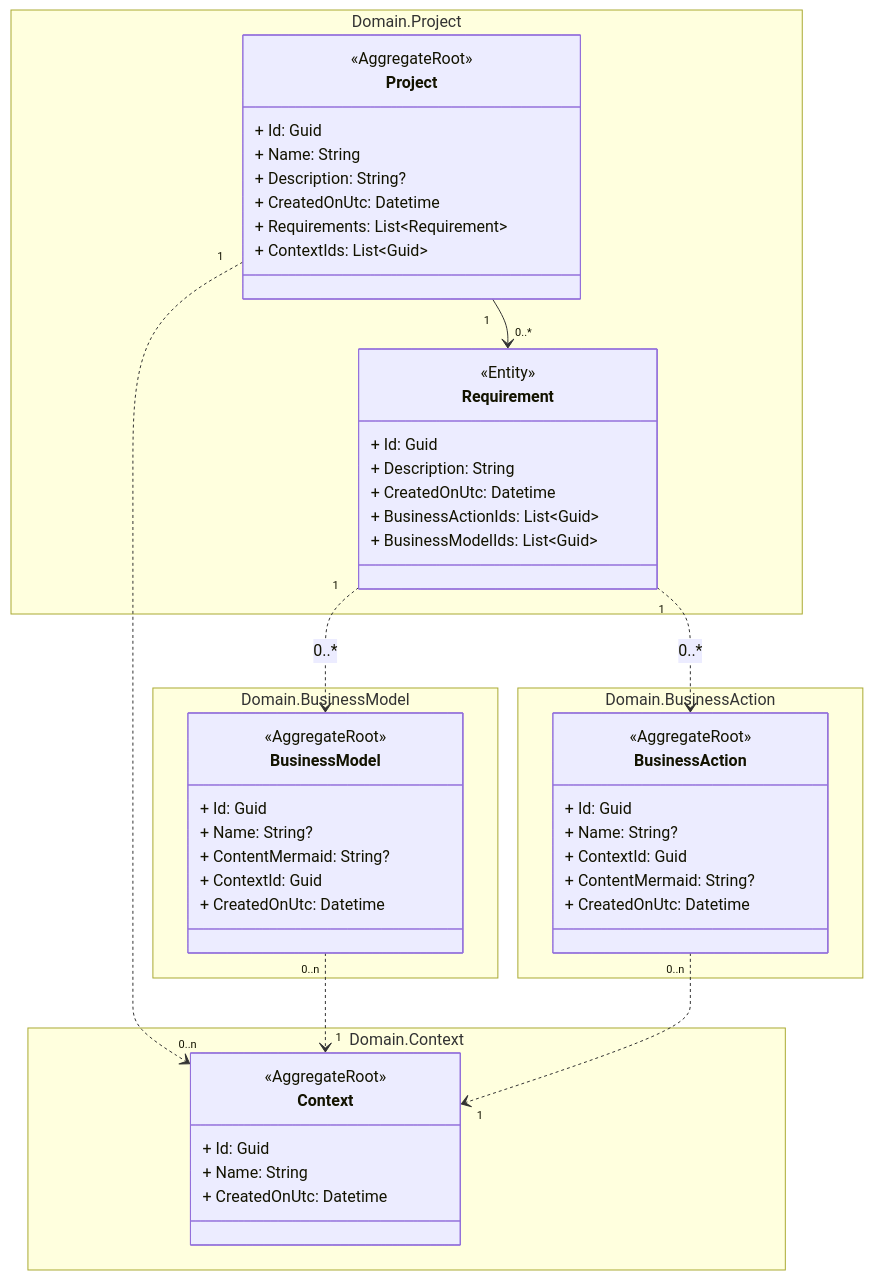
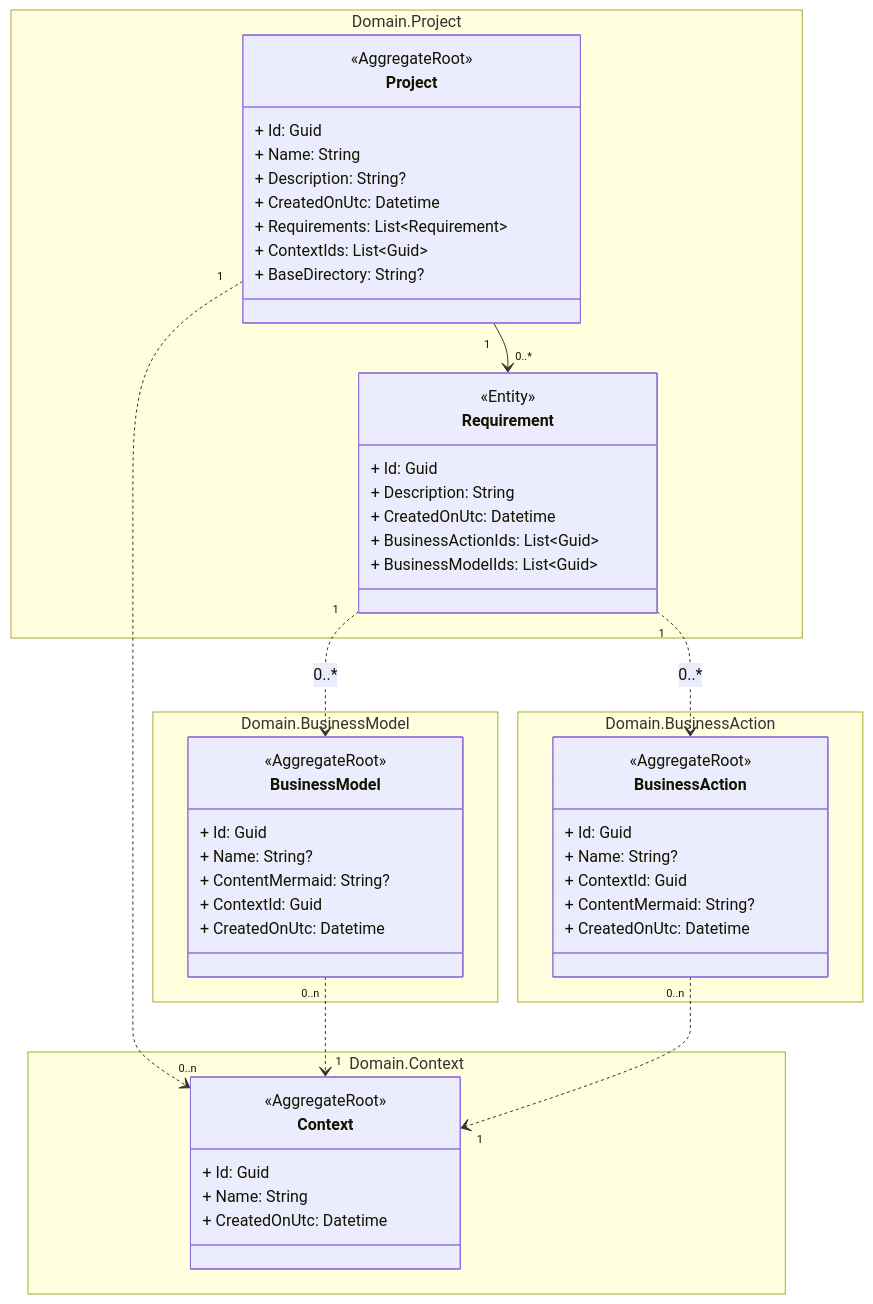
Before and after one commit to sdlfly2000/DomainBasedDesigner: the diagram in UML/Domain/DomainModels.md, drawn with Mermaid. The commit also changed 8 other files, not shown here.

Commit message:
adapt for added Base Directory

````diff
--- a/UML/Domain/DomainModels.md
+++ b/UML/Domain/DomainModels.md
@@ -3,66 +3,67 @@
 ```mermaid
 classDiagram
 namespace nsProject["Domain.Project"] {
     class Project {
         <<AggregateRoot>>
         + Id: Guid
         + Name: String
         + Description: String?
         + CreatedOnUtc: Datetime
         + Requirements: List~Requirement~
         + ContextIds: List~Guid~
+        + BaseDirectory: String?
     }
 
     class Requirement {
         <<Entity>>
         + Id: Guid
         + Description: String
         + CreatedOnUtc: Datetime
         + BusinessActionIds: List~Guid~
         + BusinessModelIds: List~Guid~
     }
 }
 
 namespace nsBusinessAction["Domain.BusinessAction"] {
     class BusinessAction {
         <<AggregateRoot>>
         + Id: Guid
         + Name: String?
         + ContextId: Guid
         + ContentMermaid: String?
         + CreatedOnUtc: Datetime
     }
 }
 
 namespace nsBusinessModel["Domain.BusinessModel"] {
     class BusinessModel {
         <<AggregateRoot>>
         + Id: Guid
         + Name: String?
         + ContentMermaid: String?
         + ContextId: Guid
         + CreatedOnUtc: Datetime
     }
 }
 
 namespace nsContext["Domain.Context"] {
     class Context {
         <<AggregateRoot>>
         + Id: Guid
         + Name: String
         + CreatedOnUtc: Datetime
     }
 }
 
 %% Entity Relationship
 
 Project "1" --> "0..*" Requirement
 Project "1" ..> "0..n" Context
 
 Requirement "1" ..> BusinessModel : 0..*
 Requirement "1" ..> BusinessAction : 0..*
 
 BusinessModel "0..n" ..> "1" Context
 BusinessAction "0..n" ..> "1" Context
 
 ```
````
